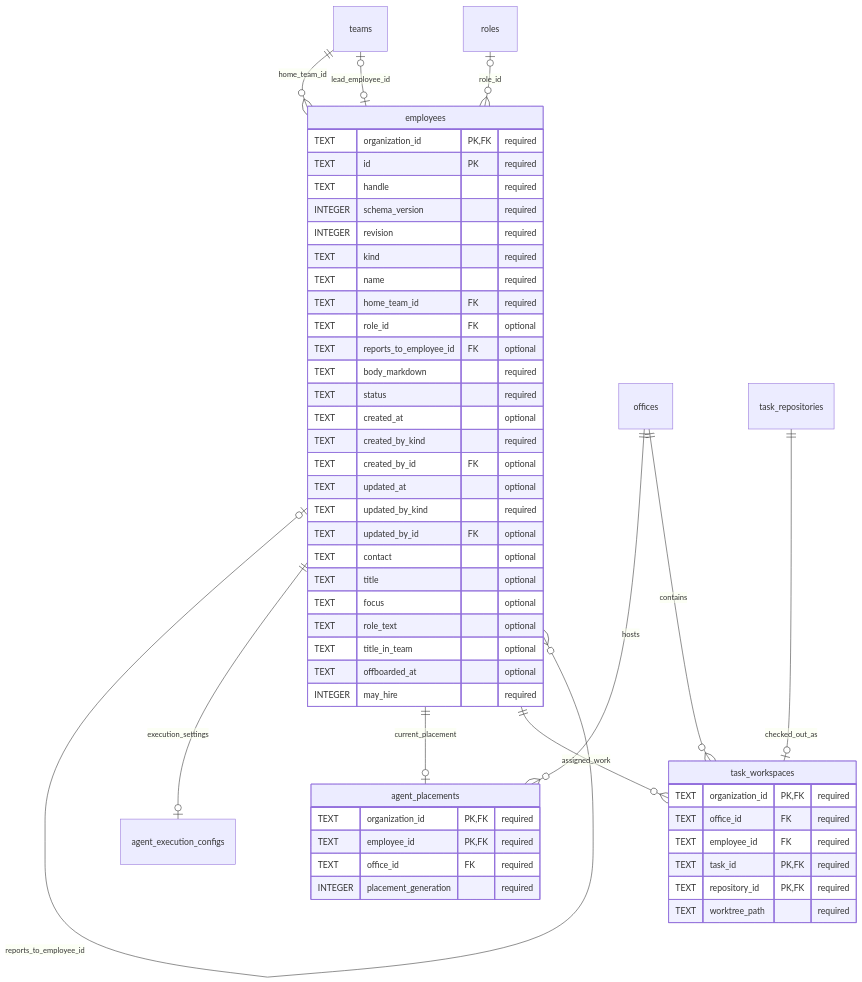
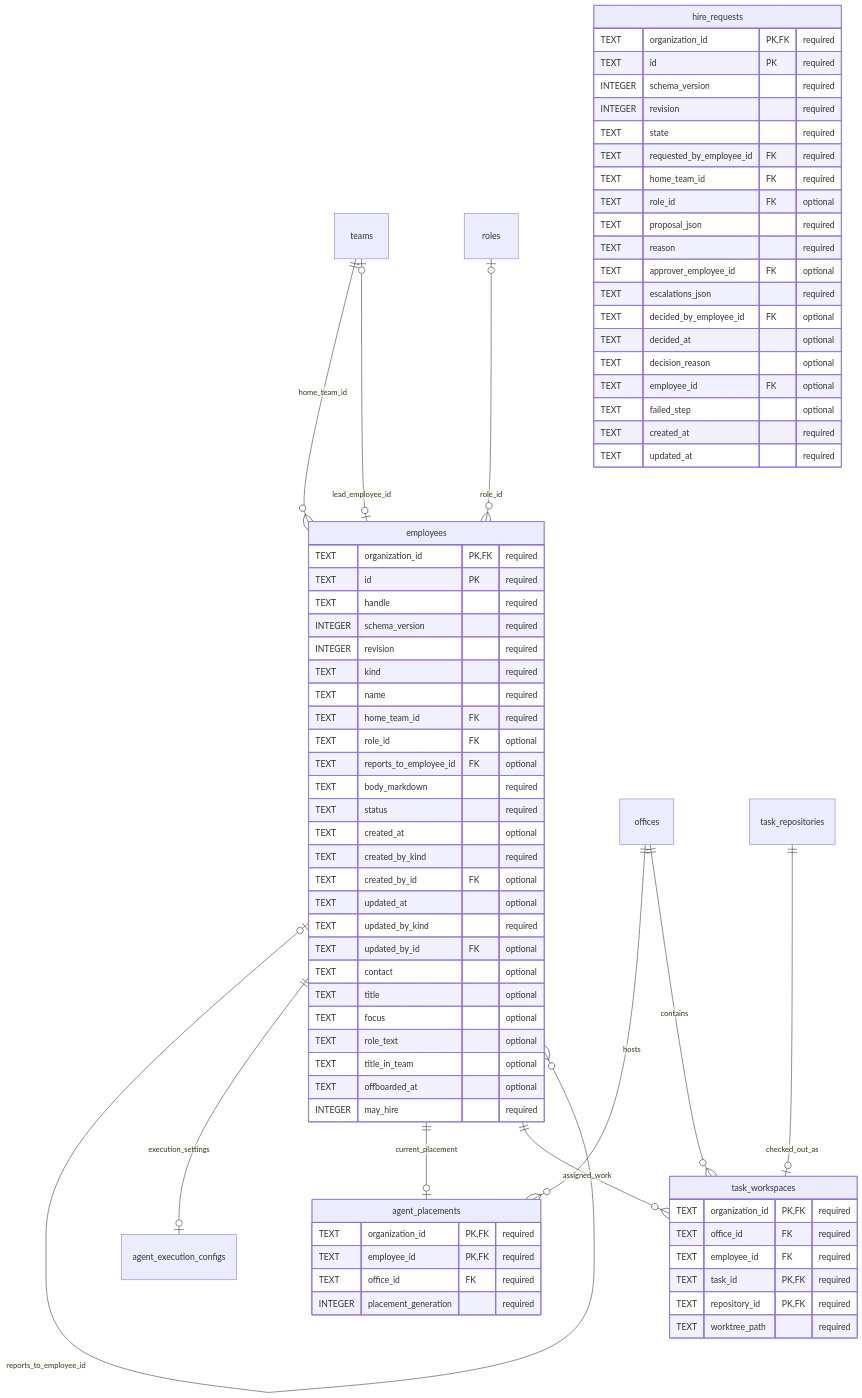
Before and after one commit to vgmello/agentic-org: the diagram in docs/design/organization-data/04-agent-structure.md, drawn with Mermaid. The commit also changed other lines of this file and 13 other files, not shown here.

````diff
--- a/docs/design/organization-data/04-agent-structure.md
+++ b/docs/design/organization-data/04-agent-structure.md
@@ -7,54 +7,75 @@
 ```mermaid
 erDiagram
     teams ||--o{ employees : home_team_id
     teams o|--o| employees : lead_employee_id
     roles o|--o{ employees : role_id
     employees o|--o{ employees : reports_to_employee_id
     employees ||--o| agent_execution_configs : execution_settings
     employees ||--o| agent_placements : current_placement
     offices ||--o{ agent_placements : hosts
     employees ||--o{ task_workspaces : assigned_work
     offices ||--o{ task_workspaces : contains
     task_repositories ||--o| task_workspaces : checked_out_as
     employees {
         TEXT organization_id PK, FK "required"
         TEXT id PK "required"
         TEXT handle "required"
         INTEGER schema_version "required"
         INTEGER revision "required"
         TEXT kind "required"
         TEXT name "required"
         TEXT home_team_id FK "required"
         TEXT role_id FK "optional"
         TEXT reports_to_employee_id FK "optional"
         TEXT body_markdown "required"
         TEXT status "required"
         TEXT created_at "optional"
         TEXT created_by_kind "required"
         TEXT created_by_id FK "optional"
         TEXT updated_at "optional"
         TEXT updated_by_kind "required"
         TEXT updated_by_id FK "optional"
         TEXT contact "optional"
         TEXT title "optional"
         TEXT focus "optional"
         TEXT role_text "optional"
         TEXT title_in_team "optional"
         TEXT offboarded_at "optional"
         INTEGER may_hire "required"
     }
     agent_placements {
         TEXT organization_id PK, FK "required"
         TEXT employee_id PK, FK "required"
         TEXT office_id FK "required"
         INTEGER placement_generation "required"
     }
+    hire_requests {
+        TEXT organization_id PK, FK "required"
+        TEXT id PK "required"
+        INTEGER schema_version "required"
+        INTEGER revision "required"
+        TEXT state "required"
+        TEXT requested_by_employee_id FK "required"
+        TEXT home_team_id FK "required"
+        TEXT role_id FK "optional"
+        TEXT proposal_json "required"
+        TEXT reason "required"
+        TEXT approver_employee_id FK "optional"
+        TEXT escalations_json "required"
+        TEXT decided_by_employee_id FK "optional"
+        TEXT decided_at "optional"
+        TEXT decision_reason "optional"
+        TEXT employee_id FK "optional"
+        TEXT failed_step "optional"
+        TEXT created_at "required"
+        TEXT updated_at "required"
+    }
     task_workspaces {
         TEXT organization_id PK, FK "required"
         TEXT office_id FK "required"
         TEXT employee_id FK "required"
         TEXT task_id PK, FK "required"
         TEXT repository_id PK, FK "required"
         TEXT worktree_path "required"
     }
 ```
````
